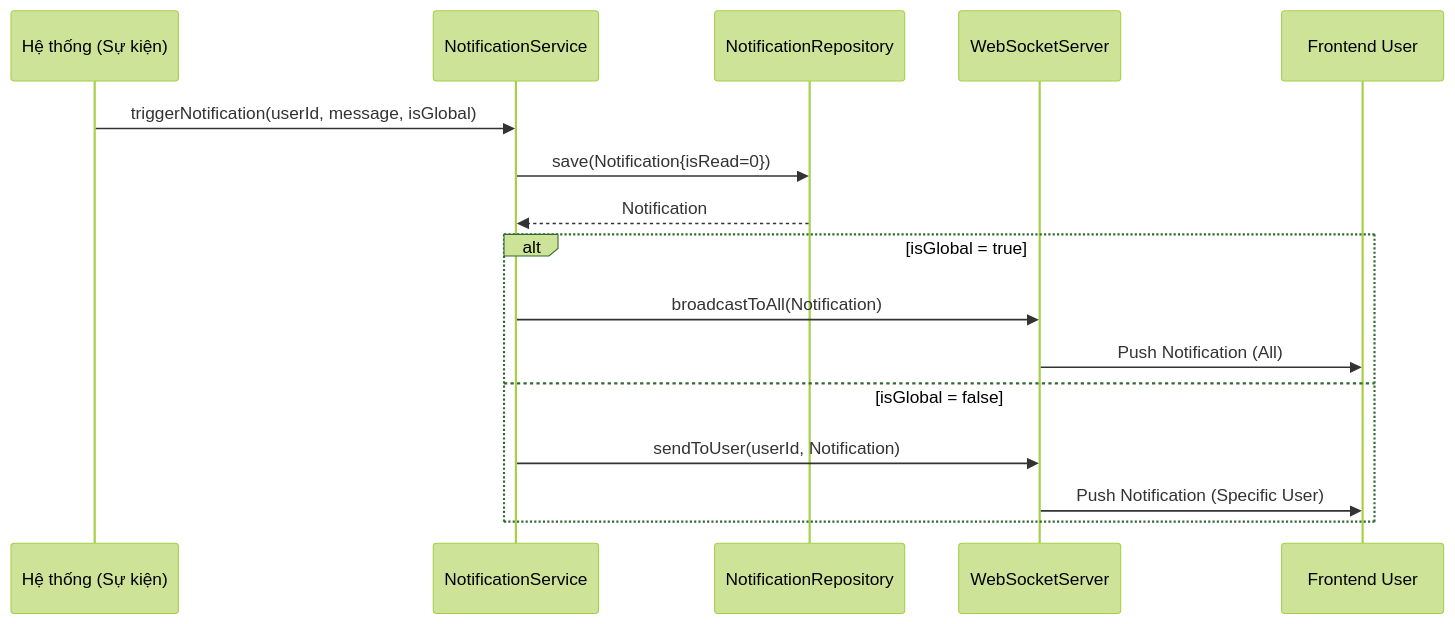
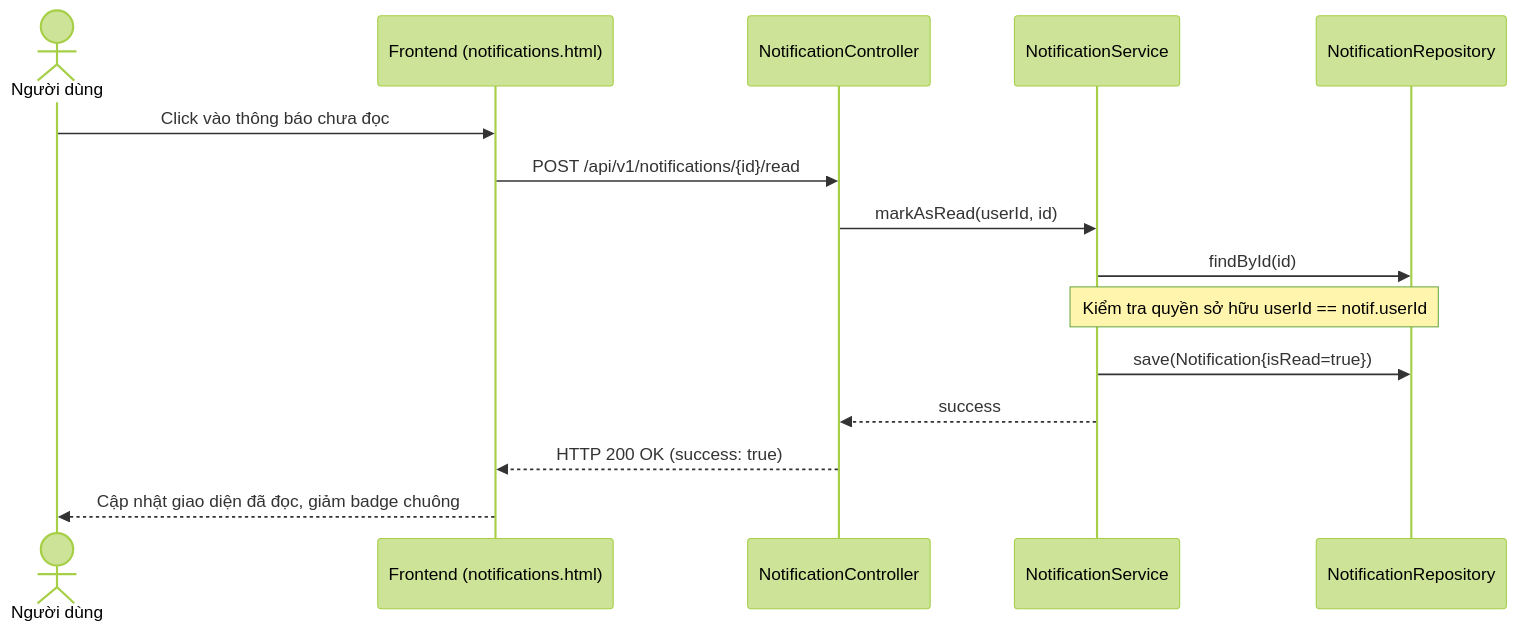
Before and after one commit to Vietanh1712/mmo-system: the diagram in MMO_Market/MMO_Market (3)/MMO_Market/.sdd/specs/backend/feat-notification/UC-13-notification.md, drawn with Mermaid (forest theme). The commit also changed other lines of this file and 28 other files, not shown here.

````diff
--- a/MMO_Market/MMO_Market (3)/MMO_Market/.sdd/specs/backend/feat-notification/UC-13-notification.md
+++ b/MMO_Market/MMO_Market (3)/MMO_Market/.sdd/specs/backend/feat-notification/UC-13-notification.md
@@ -99,20 +94,18 @@
 ```mermaid
 sequenceDiagram
-    participant S as Hệ thống (Sự kiện)
+    actor U as Người dùng
+    participant FE as Frontend (notifications.html)
+    participant NC as NotificationController
     participant NS as NotificationService
     participant NR as NotificationRepository
-    participant WSS as WebSocketServer
-    participant FE as Frontend User
 
-    S->>NS: triggerNotification(userId, message, isGlobal)
-    NS->>NR: save(Notification{isRead=0})
-    NR-->>NS: Notification
-    
-    alt isGlobal = true
-        NS->>WSS: broadcastToAll(Notification)
-        WSS->>FE: Push Notification (All)
-    else isGlobal = false
-        NS->>WSS: sendToUser(userId, Notification)
-        WSS->>FE: Push Notification (Specific User)
-    end
+    U->>FE: Click vào thông báo chưa đọc
+    FE->>NC: POST /api/v1/notifications/{id}/read
+    NC->>NS: markAsRead(userId, id)
+    NS->>NR: findById(id)
+    Note over NS, NR: Kiểm tra quyền sở hữu userId == notif.userId
+    NS->>NR: save(Notification{isRead=true})
+    NS-->>NC: success
+    NC-->>FE: HTTP 200 OK (success: true)
+    FE-->>U: Cập nhật giao diện đã đọc, giảm badge chuông
 ```
````
